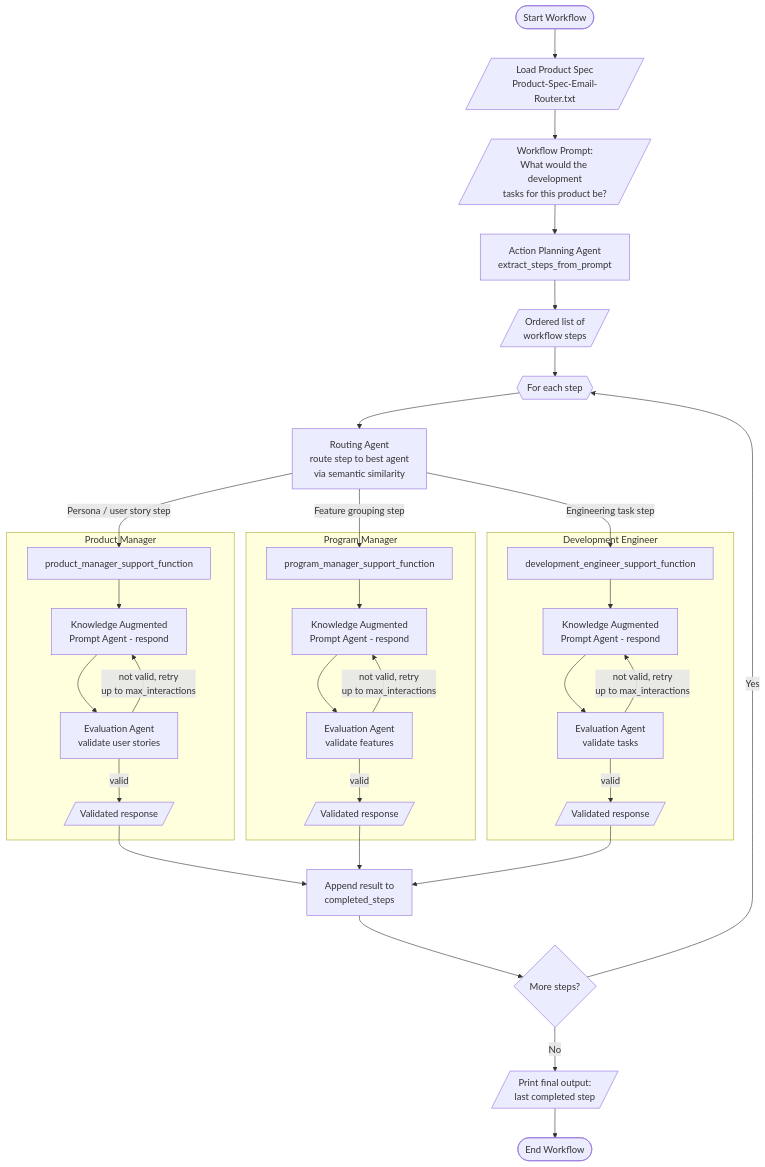
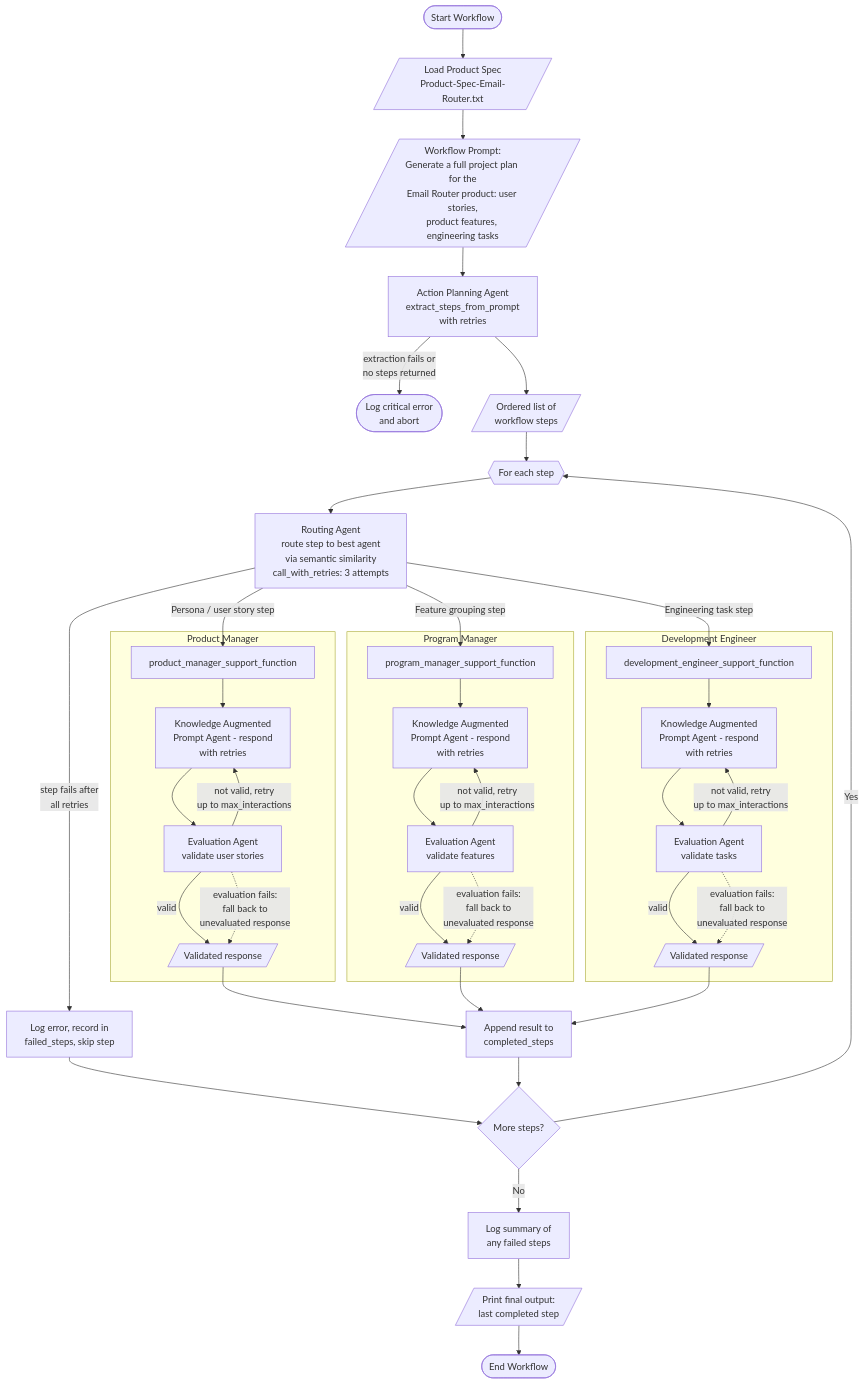
Before and after one commit to wirch01/cd14525-agentic-workflows-classroom: the diagram in project/starter/phase_2/workflow_flowchart.md, drawn with Mermaid. The commit also changed 2 other files, not shown here.

Commit message:
Enhance agentic workflow with error handling, logging, and detailed flowchart updates
- Added logging configuration and error handling for agent calls with retries.
- Updated workflow flowchart to reflect changes in prompt structure and error handling paths.
- Introduced a new reflection document detailing workflow strengths, limitations, and suggested improvements.

````diff
--- a/project/starter/phase_2/workflow_flowchart.md
+++ b/project/starter/phase_2/workflow_flowchart.md
@@ -3,45 +3,52 @@
 ```mermaid
 flowchart TD
     Start([Start Workflow]) --> Spec[/Load Product Spec<br/>Product-Spec-Email-Router.txt/]
-    Spec --> Prompt[/"Workflow Prompt:<br/>What would the development<br/>tasks for this product be?"/]
+    Spec --> Prompt[/"Workflow Prompt:<br/>Generate a full project plan for the<br/>Email Router product: user stories,<br/>product features, engineering tasks"/]
 
-    Prompt --> APA[Action Planning Agent<br/>extract_steps_from_prompt]
+    Prompt --> APA[Action Planning Agent<br/>extract_steps_from_prompt<br/>with retries]
+    APA -->|extraction fails or<br/>no steps returned| Abort([Log critical error<br/>and abort])
     APA --> Steps[/Ordered list of<br/>workflow steps/]
 
     Steps --> Loop{{For each step}}
-    Loop --> Router[Routing Agent<br/>route step to best agent<br/>via semantic similarity]
+    Loop --> Router[Routing Agent<br/>route step to best agent<br/>via semantic similarity<br/>call_with_retries: 3 attempts]
+    Router -->|step fails after<br/>all retries| Skip[Log error, record in<br/>failed_steps, skip step]
+    Skip --> More
 
     Router -->|Persona / user story step| PM_SF[product_manager_support_function]
     Router -->|Feature grouping step| PGM_SF[program_manager_support_function]
     Router -->|Engineering task step| DE_SF[development_engineer_support_function]
 
     subgraph PM [Product Manager]
-        PM_SF --> PM_K[Knowledge Augmented<br/>Prompt Agent - respond]
+        PM_SF --> PM_K[Knowledge Augmented<br/>Prompt Agent - respond<br/>with retries]
         PM_K --> PM_E[Evaluation Agent<br/>validate user stories]
         PM_E -->|not valid, retry<br/>up to max_interactions| PM_K
         PM_E -->|valid| PM_Out[/Validated response/]
+        PM_E -.->|evaluation fails:<br/>fall back to<br/>unevaluated response| PM_Out
     end
 
     subgraph PGM [Program Manager]
-        PGM_SF --> PGM_K[Knowledge Augmented<br/>Prompt Agent - respond]
+        PGM_SF --> PGM_K[Knowledge Augmented<br/>Prompt Agent - respond<br/>with retries]
         PGM_K --> PGM_E[Evaluation Agent<br/>validate features]
         PGM_E -->|not valid, retry<br/>up to max_interactions| PGM_K
         PGM_E -->|valid| PGM_Out[/Validated response/]
+        PGM_E -.->|evaluation fails:<br/>fall back to<br/>unevaluated response| PGM_Out
     end
 
     subgraph DE [Development Engineer]
-        DE_SF --> DE_K[Knowledge Augmented<br/>Prompt Agent - respond]
+        DE_SF --> DE_K[Knowledge Augmented<br/>Prompt Agent - respond<br/>with retries]
         DE_K --> DE_E[Evaluation Agent<br/>validate tasks]
         DE_E -->|not valid, retry<br/>up to max_interactions| DE_K
         DE_E -->|valid| DE_Out[/Validated response/]
+        DE_E -.->|evaluation fails:<br/>fall back to<br/>unevaluated response| DE_Out
     end
 
     PM_Out --> Collect[Append result to<br/>completed_steps]
     PGM_Out --> Collect
     DE_Out --> Collect
 
     Collect --> More{More steps?}
     More -->|Yes| Loop
-    More -->|No| Final[/Print final output:<br/>last completed step/]
+    More -->|No| Summary[Log summary of<br/>any failed steps]
+    Summary --> Final[/Print final output:<br/>last completed step/]
     Final --> End([End Workflow])
 ```
````
